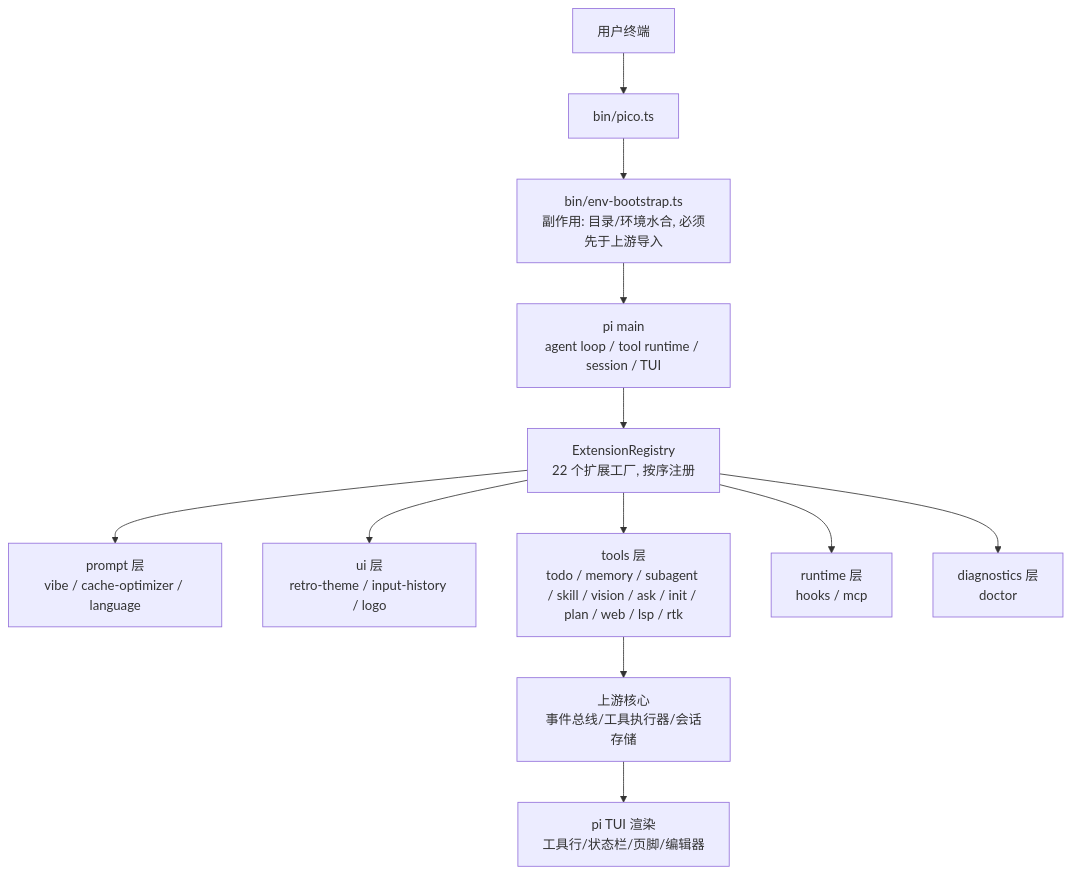
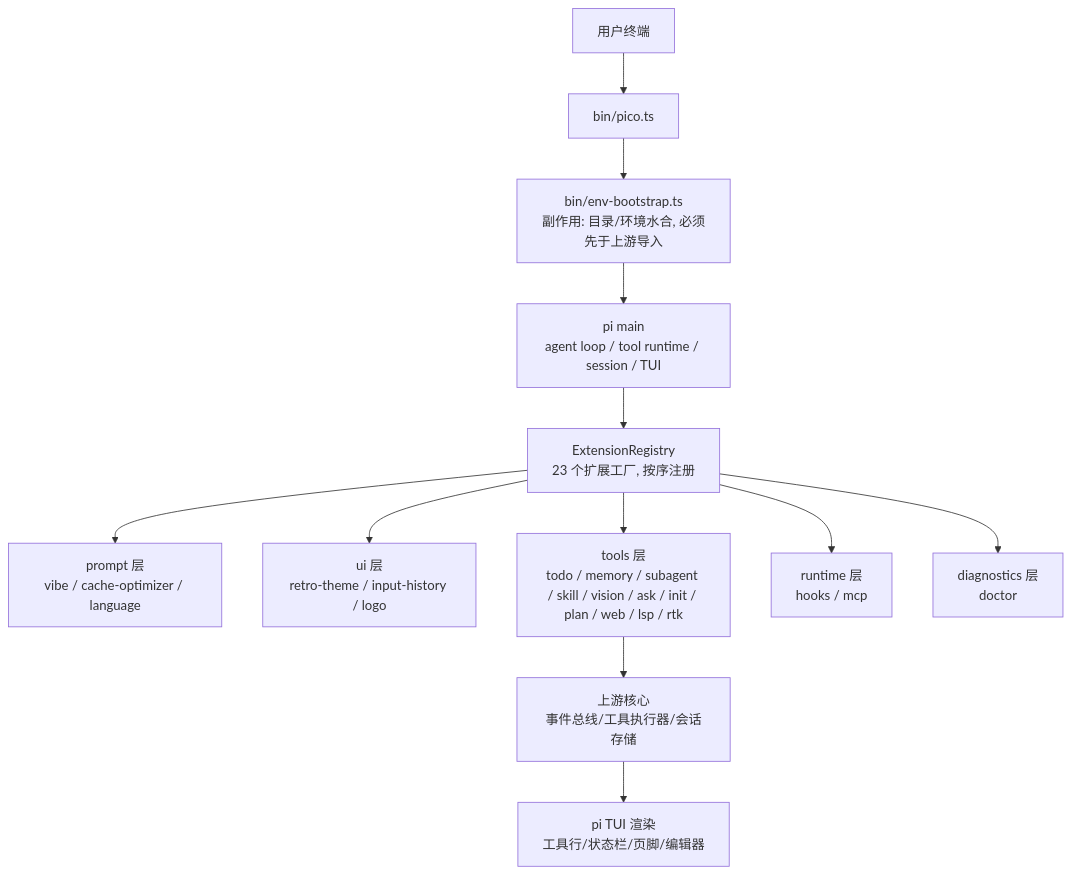
The first of 5 diagrams in docs/internal-tech-review.md (sswym/pico), drawn with Mermaid before and after one commit. The commit also changed other lines of this file and 21 other files, not shown here.

````diff
--- a/docs/internal-tech-review.md
+++ b/docs/internal-tech-review.md
@@ -38,14 +38,14 @@
 ```mermaid
 flowchart TD
     U[用户终端] --> BIN[bin/pico.ts]
     BIN --> BOOT[bin/env-bootstrap.ts<br/>副作用: 目录/环境水合, 必须先于上游导入]
     BOOT --> MAIN[pi main<br/>agent loop / tool runtime / session / TUI]
-    MAIN --> REG[ExtensionRegistry<br/>22 个扩展工厂, 按序注册]
+    MAIN --> REG[ExtensionRegistry<br/>23 个扩展工厂, 按序注册]
     REG --> E1[prompt 层<br/>vibe / cache-optimizer / language]
     REG --> E2[ui 层<br/>retro-theme / input-history / logo]
     REG --> E3[tools 层<br/>todo / memory / subagent / skill / vision / ask / init / plan / web / lsp / rtk]
     REG --> E4[runtime 层<br/>hooks / mcp]
     REG --> E5[diagnostics 层<br/>doctor]
     E3 --> CORE[上游核心<br/>事件总线/工具执行器/会话存储]
     CORE --> TUI[pi TUI 渲染<br/>工具行/状态栏/页脚/编辑器]
 ```
````
